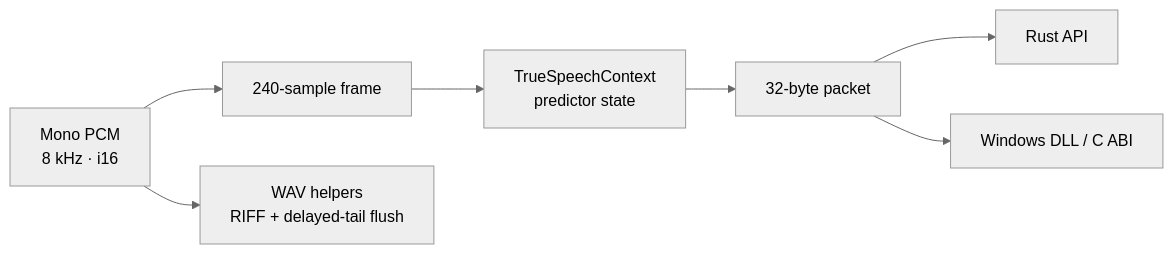
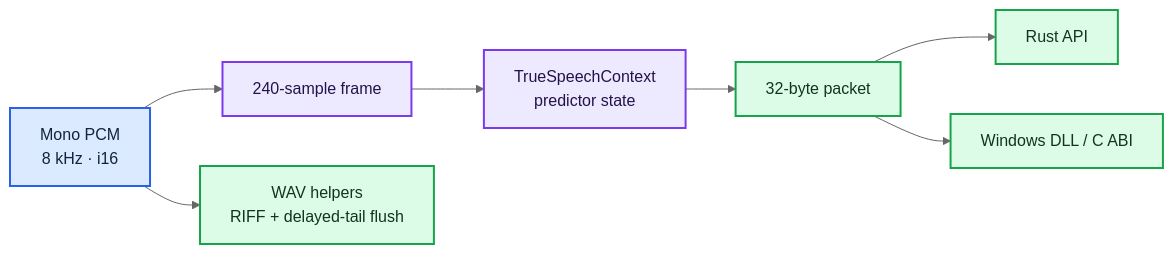
Before and after one commit to younsabood/truespeech: the diagram in README.md, drawn with Mermaid (neutral theme). The commit also changed other lines of this file and 11 other files, not shown here.

````diff
--- a/README.md
+++ b/README.md
@@ -50,9 +44,16 @@
 ```mermaid
 flowchart LR
     PCM["Mono PCM<br/>8 kHz · i16"] --> Frame["240-sample frame"]
     Frame --> State["TrueSpeechContext<br/>predictor state"]
     State --> Packet["32-byte packet"]
     Packet --> Rust["Rust API"]
     Packet --> DLL["Windows DLL / C ABI"]
     PCM --> WAV["WAV helpers<br/>RIFF + delayed-tail flush"]
+
+    classDef source fill:#dbeafe,stroke:#2563eb,color:#10233f,stroke-width:2px
+    classDef process fill:#ede9fe,stroke:#7c3aed,color:#24134a,stroke-width:2px
+    classDef output fill:#dcfce7,stroke:#16a34a,color:#12351f,stroke-width:2px
+    class PCM source
+    class Frame,State process
+    class Packet,Rust,DLL,WAV output
 ```
````
